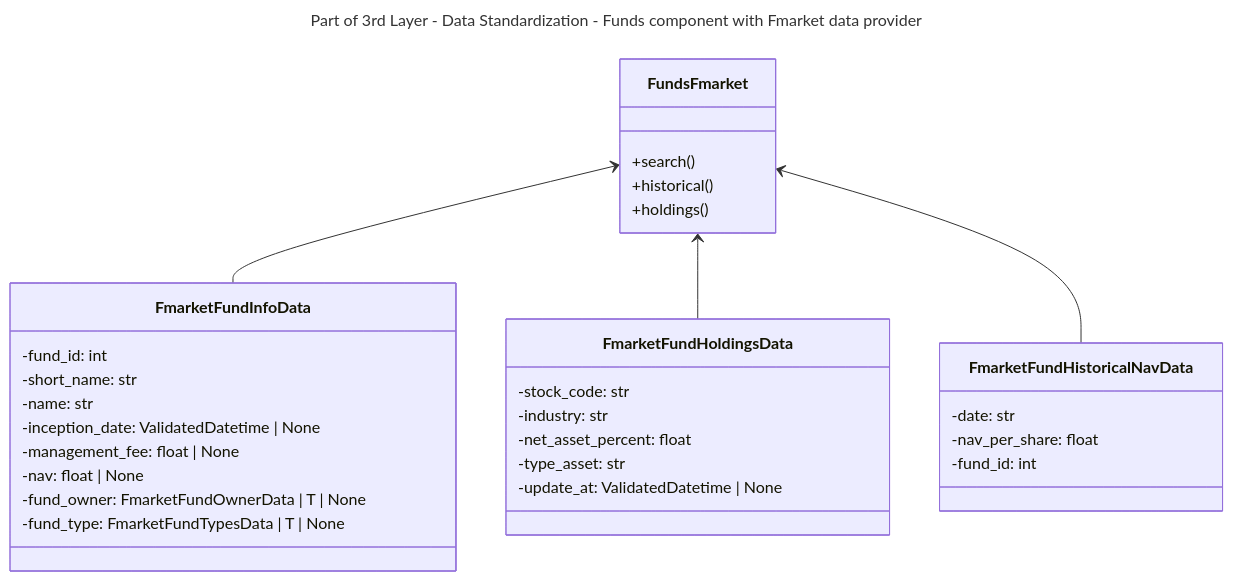
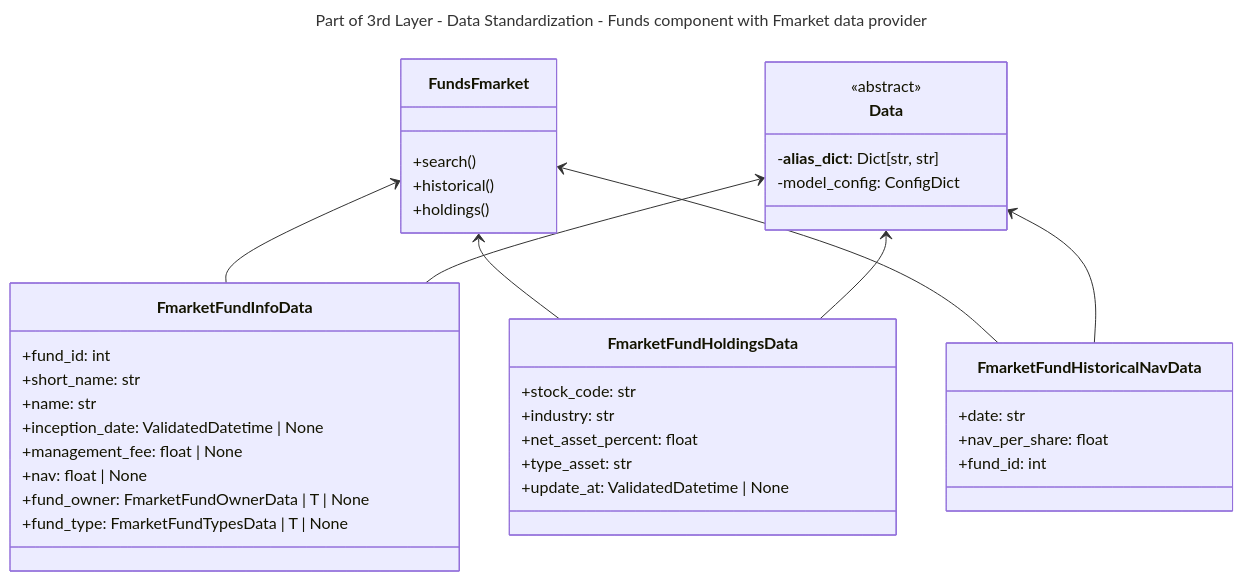
Before and after one commit to vietfin/vietfin: the third of 4 diagrams in CONTRIBUTING.md, drawn with Mermaid. The commit also changed other lines of this file, not shown here.

Commit message:
chores: fix typo in contributing.md

````diff
--- a/CONTRIBUTING.md
+++ b/CONTRIBUTING.md
@@ -180,38 +180,48 @@
 ```mermaid
 ---
 title: Part of 3rd Layer - Data Standardization - Funds component with Fmarket data provider
 ---
 classDiagram
     class FundsFmarket {
         +search()
         +historical()
         +holdings()
     }
 
     class FmarketFundInfoData {
-        -fund_id: int
-        -short_name: str
-        -name: str
-        -inception_date: ValidatedDatetime | None
-        -management_fee: float | None
-        -nav: float | None
-        -fund_owner: FmarketFundOwnerData | T | None
-        -fund_type: FmarketFundTypesData | T | None
+        +fund_id: int
+        +short_name: str
+        +name: str
+        +inception_date: ValidatedDatetime | None
+        +management_fee: float | None
+        +nav: float | None
+        +fund_owner: FmarketFundOwnerData | T | None
+        +fund_type: FmarketFundTypesData | T | None
     }
     class FmarketFundHoldingsData {
-        -stock_code: str
-        -industry: str
-        -net_asset_percent: float
-        -type_asset: str
-        -update_at: ValidatedDatetime | None
+        +stock_code: str
+        +industry: str
+        +net_asset_percent: float
+        +type_asset: str
+        +update_at: ValidatedDatetime | None
     }
     class FmarketFundHistoricalNavData {
-        -date: str
-        -nav_per_share: float
-        -fund_id: int
+        +date: str
+        +nav_per_share: float
+        +fund_id: int
     }
 
     FundsFmarket <-- FmarketFundInfoData
     FundsFmarket <-- FmarketFundHoldingsData
     FundsFmarket <-- FmarketFundHistoricalNavData
+
+    class Data {
+        <<abstract>>
+        -__alias_dict__: Dict[str, str]
+        -model_config: ConfigDict
+    }
+
+    Data <-- FmarketFundInfoData
+    Data <-- FmarketFundHoldingsData
+    Data <-- FmarketFundHistoricalNavData
 ```
````
